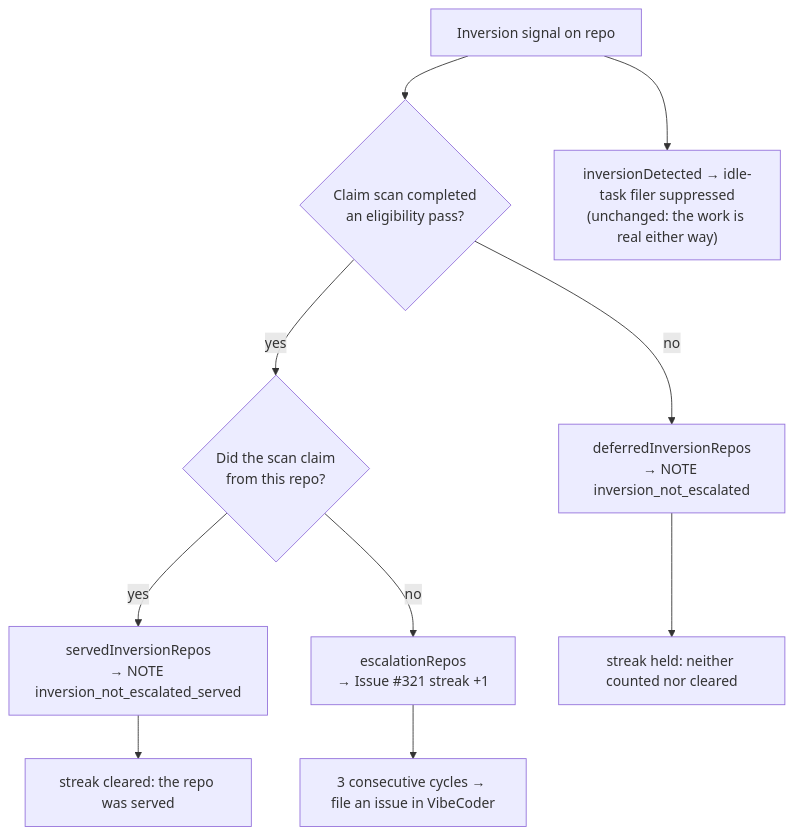
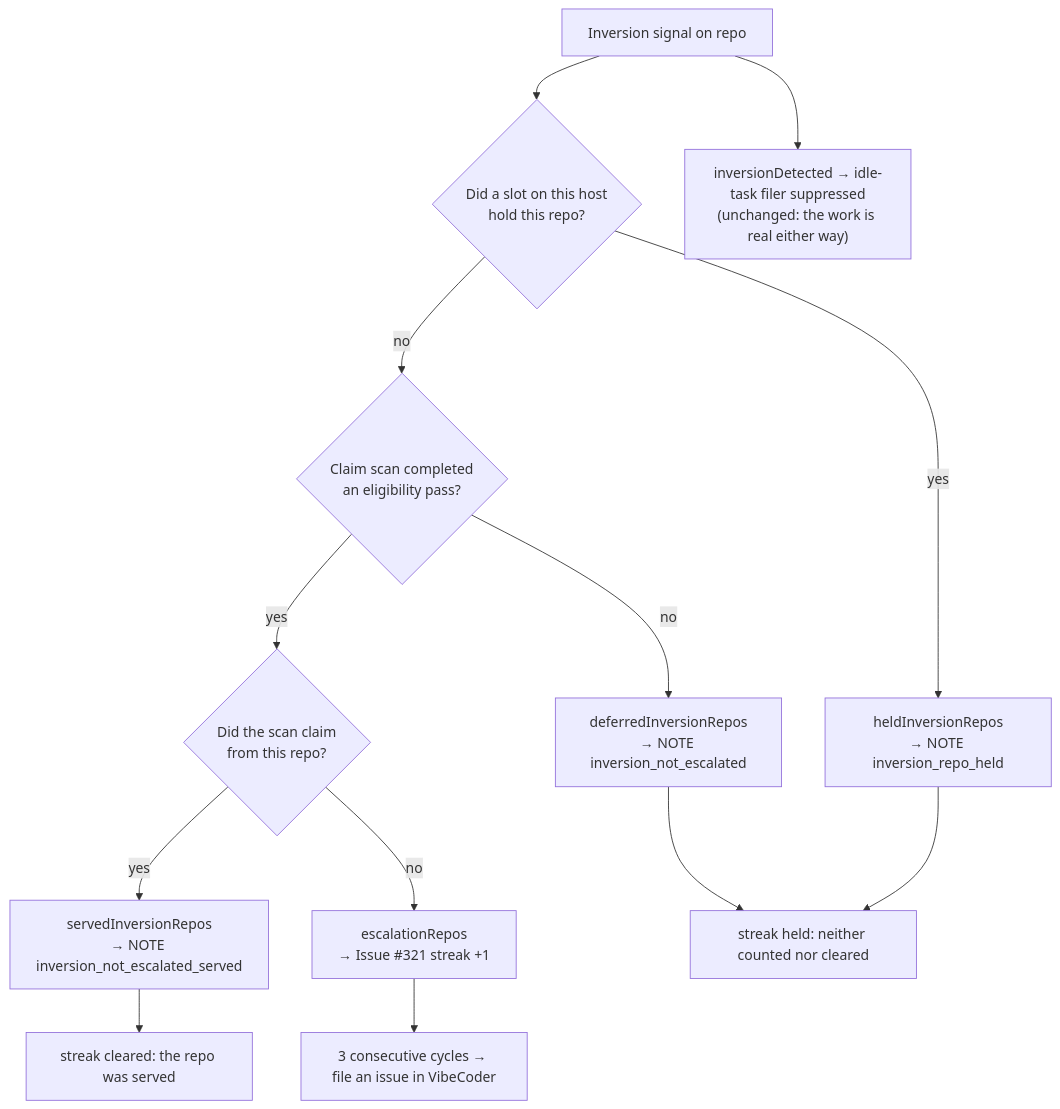
Before and after one commit to stSoftwareAU/VibeCoder: the fifth of 16 diagrams in docs/IDLE-TASK-FRAMEWORK.md, drawn with Mermaid. The commit also changed other lines of this file and 7 other files, not shown here.

First line of the commit message:
fix: a repo the claim scan was never shown is not one it refused (Issue #898)

````diff
--- a/docs/IDLE-TASK-FRAMEWORK.md
+++ b/docs/IDLE-TASK-FRAMEWORK.md
@@ -826,12 +826,15 @@
 ```mermaid
 flowchart TD
-    S["Inversion signal on repo"] --> C{"Claim scan completed<br/>an eligibility pass?"}
+    S["Inversion signal on repo"] --> B{"Did a slot on this host<br/>hold this repo?"}
+    B -- yes --> G["heldInversionRepos<br/>→ NOTE inversion_repo_held"]
+    B -- no --> C{"Claim scan completed<br/>an eligibility pass?"}
     C -- no --> D["deferredInversionRepos<br/>→ NOTE inversion_not_escalated"]
     C -- yes --> V{"Did the scan claim<br/>from this repo?"}
     V -- yes --> W["servedInversionRepos<br/>→ NOTE inversion_not_escalated_served"]
     V -- no --> E["escalationRepos<br/>→ Issue #321 streak +1"]
     E --> F["3 consecutive cycles → file an issue in VibeCoder"]
     D --> H["streak held: neither counted nor cleared"]
+    G --> H
     W --> H2["streak cleared: the repo was served"]
     S --> I["inversionDetected → idle-task filer suppressed<br/>(unchanged: the work is real either way)"]
 ```
````
